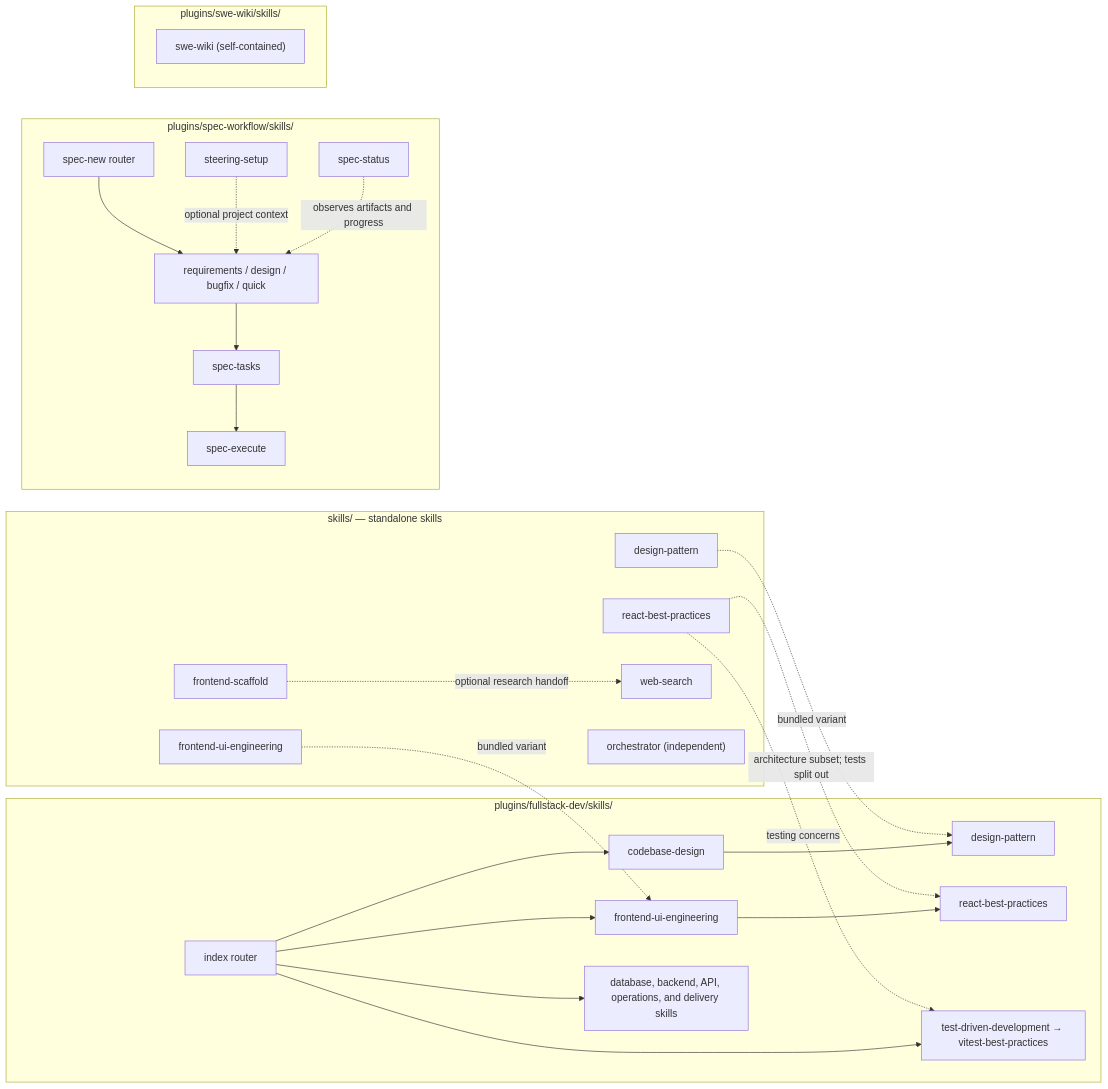
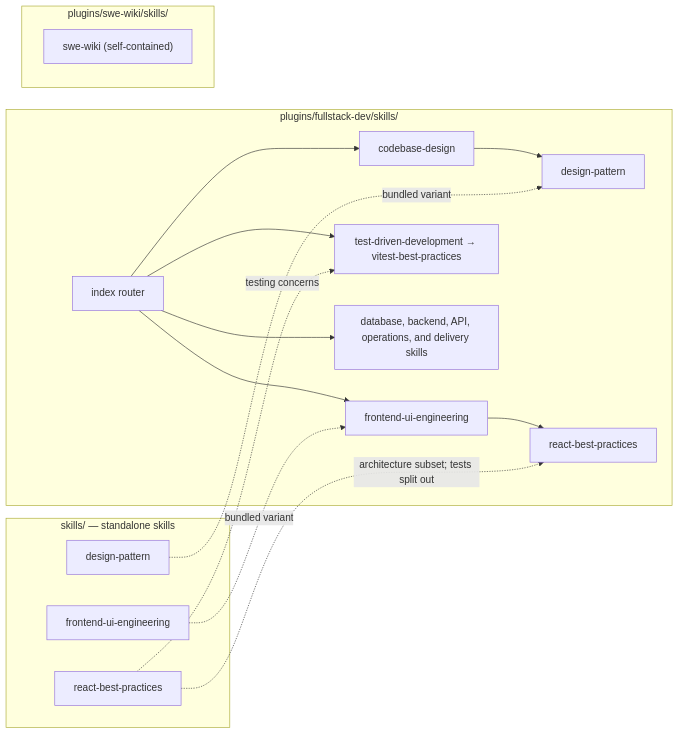
The diagram in AGENTS.md (dtgbao/agent-skills), drawn with Mermaid before and after one commit. The commit also changed 6 other files, not shown here.

Commit message:
Remove spec-workflow plugin references from marketplace files and documentation

````diff
--- a/AGENTS.md
+++ b/AGENTS.md
@@ -16,49 +16,32 @@
 ```mermaid
 flowchart LR
     subgraph Standalone["skills/ — standalone skills"]
         SDesign["design-pattern"]
-        SScaffold["frontend-scaffold"]
         SUI["frontend-ui-engineering"]
         SReact["react-best-practices"]
-        SWeb["web-search"]
-        SOrchestrator["orchestrator (independent)"]
     end
 
     subgraph Fullstack["plugins/fullstack-dev/skills/"]
         FIndex["index router"]
         FCodebase["codebase-design"]
         FDesign["design-pattern"]
         FUI["frontend-ui-engineering"]
         FReact["react-best-practices"]
         FTesting["test-driven-development → vitest-best-practices"]
         FOther["database, backend, API, operations, and delivery skills"]
 
         FIndex --> FCodebase --> FDesign
         FIndex --> FUI --> FReact
         FIndex --> FTesting
         FIndex --> FOther
     end
 
-    subgraph Spec["plugins/spec-workflow/skills/"]
-        PNew["spec-new router"]
-        PPhases["requirements / design / bugfix / quick"]
-        PTasks["spec-tasks"]
-        PExecute["spec-execute"]
-        PSteering["steering-setup"]
-        PStatus["spec-status"]
-
-        PNew --> PPhases --> PTasks --> PExecute
-        PSteering -. "optional project context" .-> PPhases
-        PStatus -. "observes artifacts and progress" .-> PPhases
-    end
-
     subgraph Wiki["plugins/swe-wiki/skills/"]
         SWiki["swe-wiki (self-contained)"]
     end
 
-    SScaffold -. "optional research handoff" .-> SWeb
     SDesign -. "bundled variant" .-> FDesign
     SUI -. "bundled variant" .-> FUI
     SReact -. "architecture subset; tests split out" .-> FReact
     SReact -. "testing concerns" .-> FTesting
 ```
````
